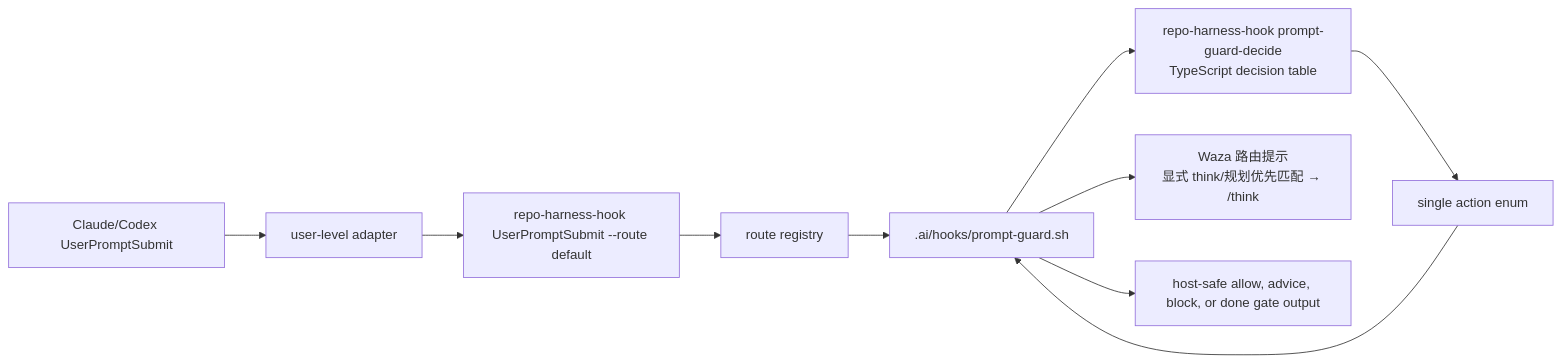
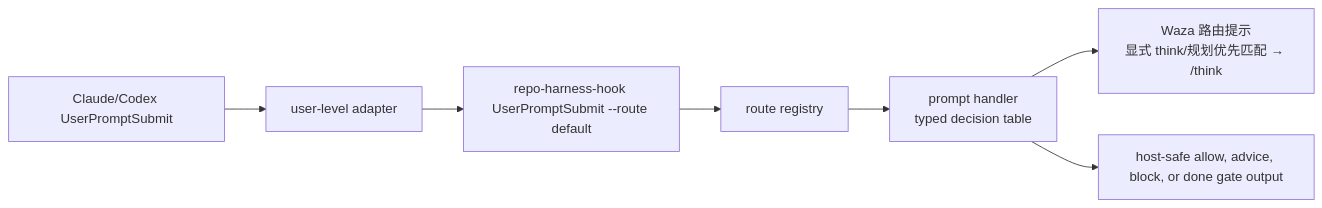
One commit to Ancienttwo/repo-harness changed the third of 3 diagrams in README.zh-CN.md. Above: the diagram before and after it, drawn with Mermaid. The commit also changed other lines of this file and 128 other files, not shown here.

Commit message:
feat(runtime): retire legacy hook runtime and migrate adopted repos to typed handlers

````diff
--- a/README.zh-CN.md
+++ b/README.zh-CN.md
@@ -418,12 +414,9 @@
 ```mermaid
 flowchart LR
   Host["Claude/Codex UserPromptSubmit"] --> Adapter["user-level adapter"]
   Adapter --> CLI["repo-harness-hook UserPromptSubmit --route default"]
   CLI --> Route["route registry"]
-  Route --> Shell[".ai/hooks/prompt-guard.sh"]
-  Shell --> Decision["repo-harness-hook prompt-guard-decide<br/>TypeScript decision table"]
-  Decision --> Action["single action enum"]
-  Action --> Shell
-  Shell --> RouteHint["Waza 路由提示<br/>显式 think/规划优先匹配 → /think"]
-  Shell --> HostOutput["host-safe allow, advice, block, or done gate output"]
+  Route --> Handler["prompt handler<br/>typed decision table"]
+  Handler --> RouteHint["Waza 路由提示<br/>显式 think/规划优先匹配 → /think"]
+  Handler --> HostOutput["host-safe allow, advice, block, or done gate output"]
 ```
````
